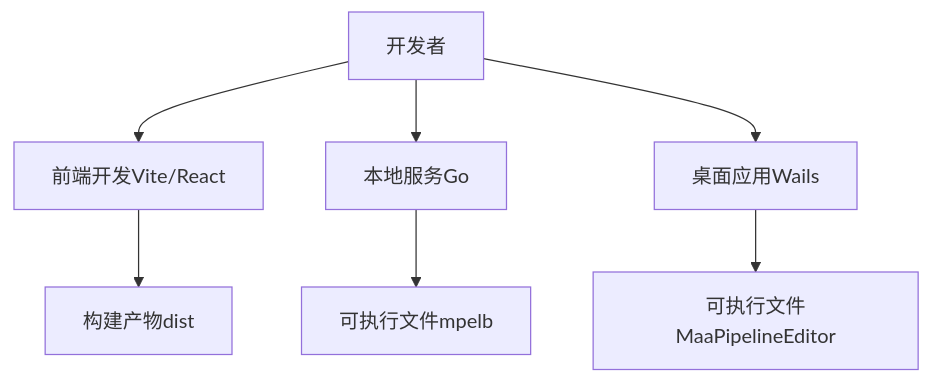
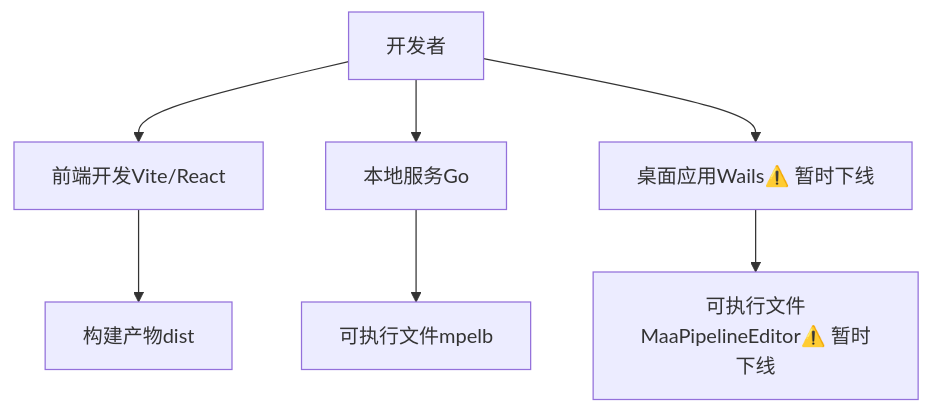
Before and after one commit to kqcoxn/MaaPipelineEditor: the fifth of 7 diagrams in .qoder/repowiki/zh/content/快速开始.md, drawn with Mermaid. The commit also changed other lines of this file and 42 other files, not shown here.

````diff
--- a/.qoder/repowiki/zh/content/快速开始.md
+++ b/.qoder/repowiki/zh/content/快速开始.md
@@ -177,9 +221,9 @@
 ```mermaid
 flowchart TD
 Dev["开发者"] --> FE["前端开发Vite/React"]
 Dev --> LB["本地服务Go"]
-Dev --> APP["桌面应用Wails"]
+Dev --> APP["桌面应用Wails⚠️ 暂时下线"]
 FE --> Build["构建产物dist"]
 LB --> Bin["可执行文件mpelb"]
-APP --> Exec["可执行文件MaaPipelineEditor"]
+APP --> Exec["可执行文件MaaPipelineEditor⚠️ 暂时下线"]
 ```
````
